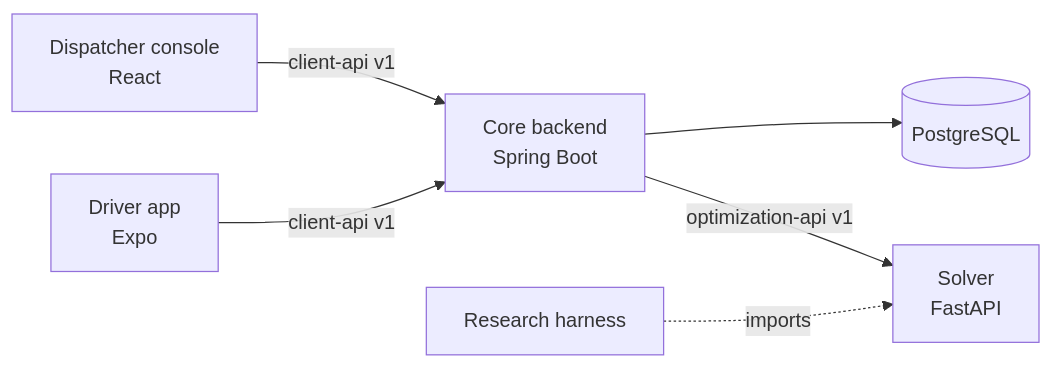
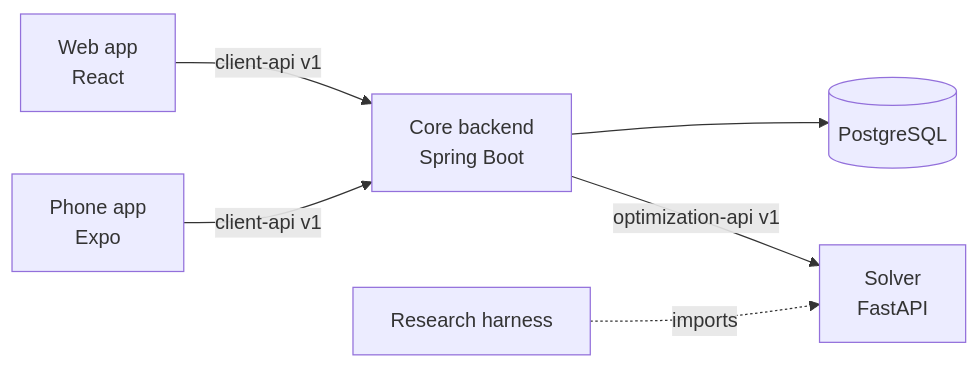
The diagram in README.md (NaimElijah/DispatchFlow), drawn with Mermaid before and after one commit. The commit also changed other lines of this file and 15 other files, not shown here.

````diff
--- a/README.md
+++ b/README.md
@@ -88,8 +88,8 @@
 ```mermaid
 flowchart LR
-    Console[Dispatcher console<br/>React] -->|client-api v1| Core[Core backend<br/>Spring Boot]
-    Driver[Driver app<br/>Expo] -->|client-api v1| Core
+    Console[Web app<br/>React] -->|client-api v1| Core[Core backend<br/>Spring Boot]
+    Driver[Phone app<br/>Expo] -->|client-api v1| Core
     Core --> DB[(PostgreSQL)]
     Core -->|optimization-api v1| Solver[Solver<br/>FastAPI]
     Research[Research harness] -.->|imports| Solver
 ```
````
